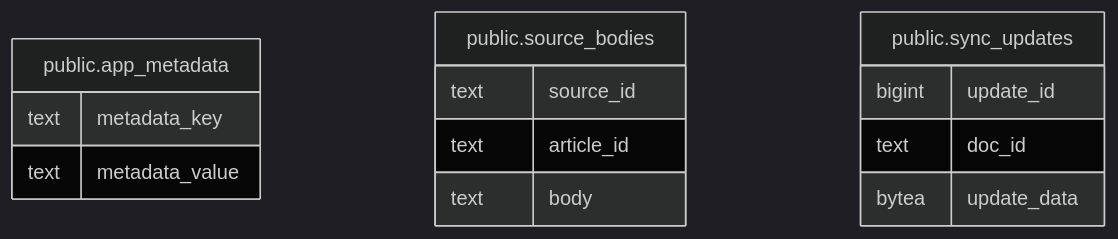
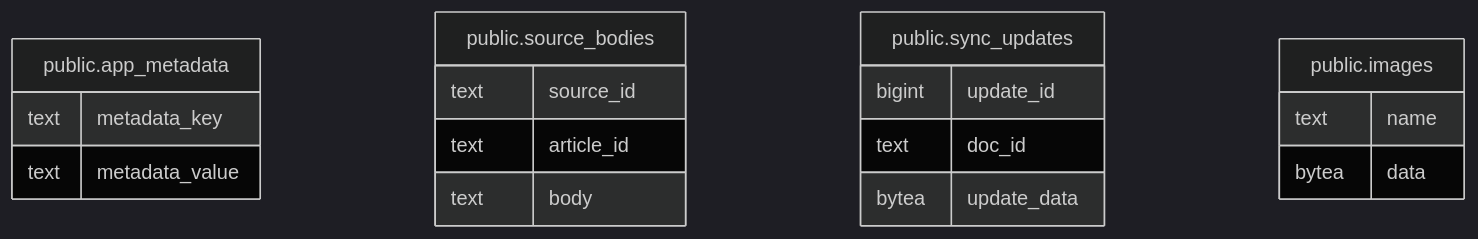
Before and after one commit to fohte/blog-writer: the diagram in backend/docs/db/README.md, drawn with Mermaid (dark theme). The commit also changed other lines of this file and 16 other files, not shown here.

````diff
--- a/backend/docs/db/README.md
+++ b/backend/docs/db/README.md
@@ -13,19 +14,23 @@
 ```mermaid
 erDiagram
 
 
 "public.app_metadata" {
   text metadata_key
   text metadata_value
 }
 "public.source_bodies" {
   text source_id
   text article_id
   text body
 }
 "public.sync_updates" {
   bigint update_id
   text doc_id
   bytea update_data
 }
+"public.images" {
+  text name
+  bytea data
+}
 ```
````
